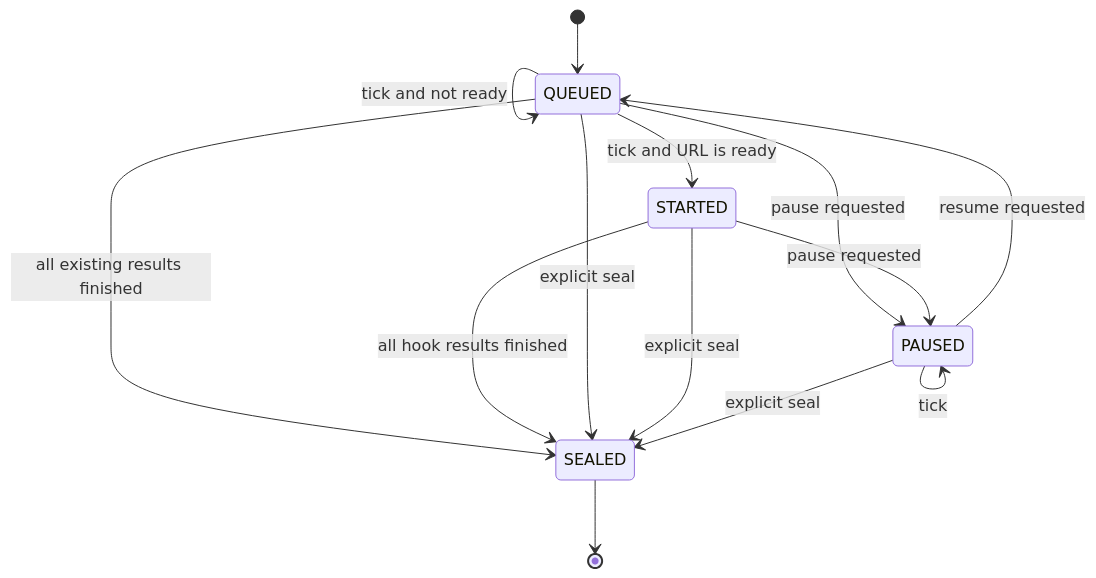
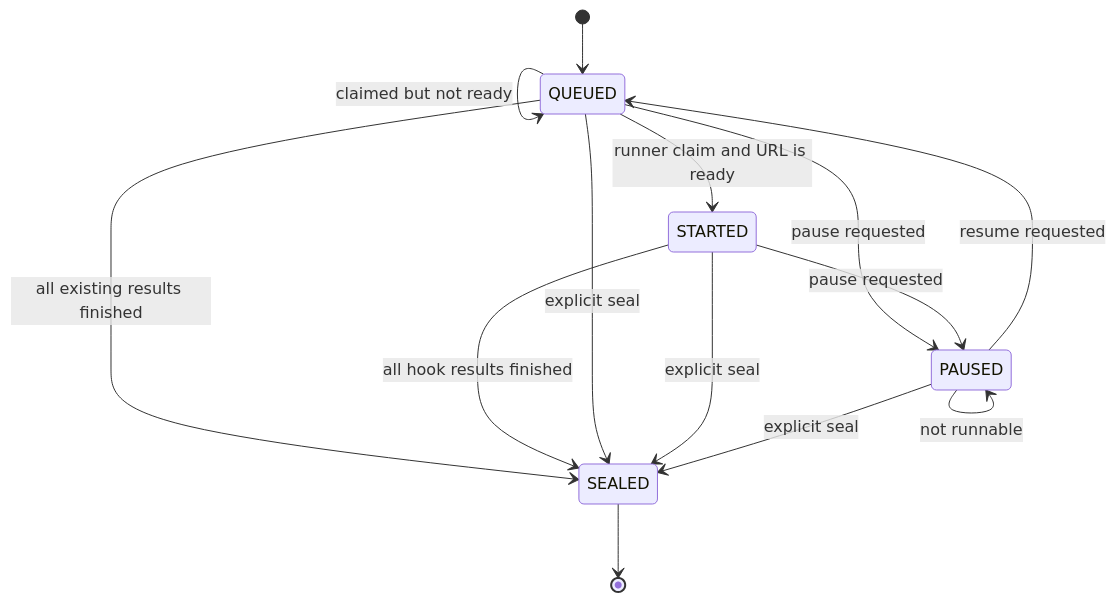
One commit to ArchiveBox/docs changed the fourth of 5 diagrams in ArchiveBox-Architecture-Diagrams.md. Above: the diagram before and after it, drawn with Mermaid. The commit also changed other lines of this file and 4 other files, not shown here.

````diff
--- a/ArchiveBox-Architecture-Diagrams.md
+++ b/ArchiveBox-Architecture-Diagrams.md
@@ -87,16 +92,16 @@
 ```mermaid
 stateDiagram-v2
     [*] --> QUEUED
-    QUEUED --> STARTED: tick and URL is ready
-    QUEUED --> QUEUED: tick and not ready
+    QUEUED --> STARTED: runner claim and URL is ready
+    QUEUED --> QUEUED: claimed but not ready
     QUEUED --> SEALED: all existing results finished
     STARTED --> SEALED: all hook results finished
     QUEUED --> PAUSED: pause requested
     STARTED --> PAUSED: pause requested
     PAUSED --> QUEUED: resume requested
-    PAUSED --> PAUSED: tick
+    PAUSED --> PAUSED: not runnable
     QUEUED --> SEALED: explicit seal
     STARTED --> SEALED: explicit seal
     PAUSED --> SEALED: explicit seal
     SEALED --> [*]
 ```
````
